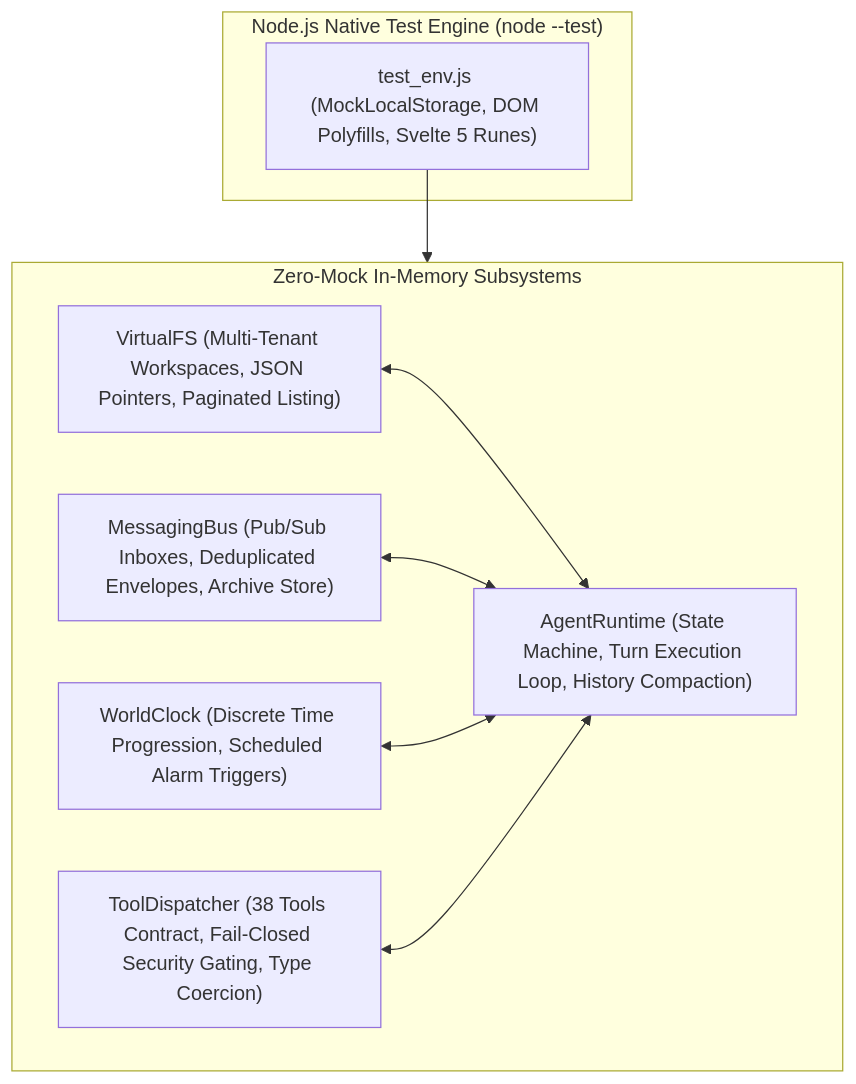
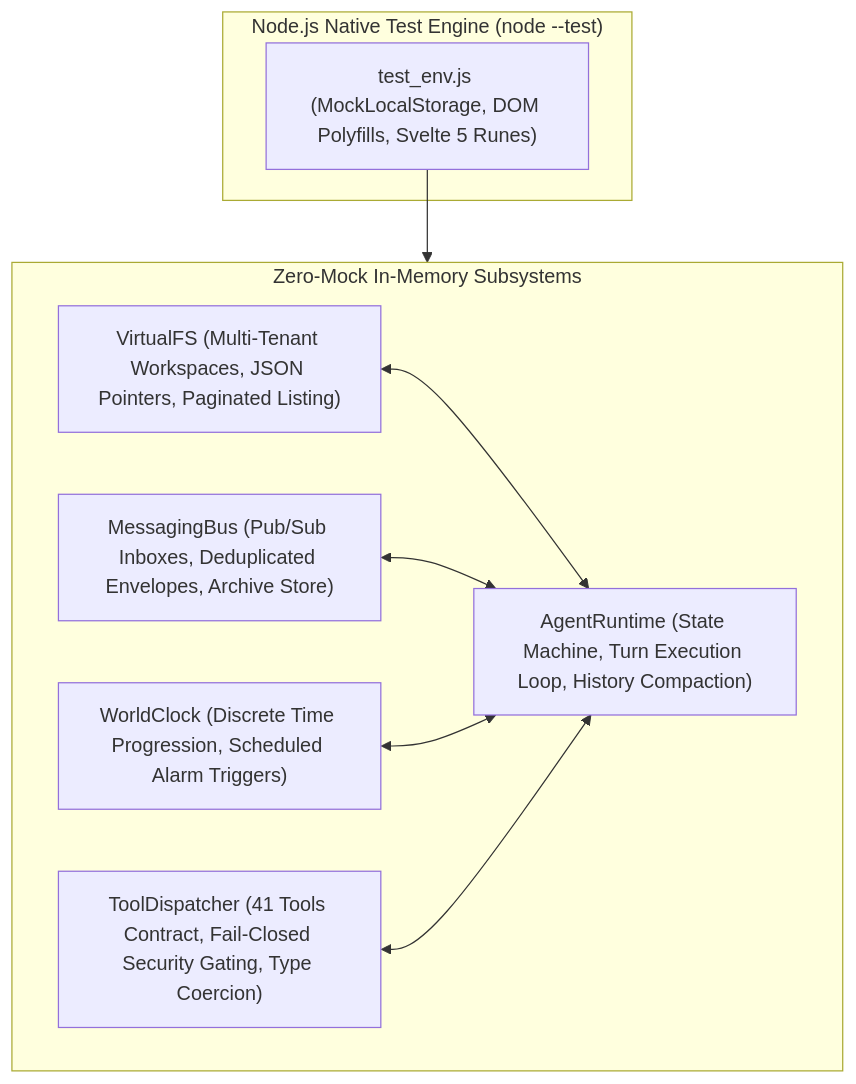
The first of 6 diagrams in docs/testing/unit_and_integration.md (crestfallnafterdark/nightcurtain), drawn with Mermaid before and after one commit. The commit also changed other lines of this file and 4 other files, not shown here.

````diff
--- a/docs/testing/unit_and_integration.md
+++ b/docs/testing/unit_and_integration.md
@@ -17,20 +17,20 @@
 ```mermaid
 flowchart TD
     subgraph TestRunner["Node.js Native Test Engine (node --test)"]
         Env["test_env.js (MockLocalStorage, DOM Polyfills, Svelte 5 Runes)"]
     end
 
     subgraph CoreClasses["Zero-Mock In-Memory Subsystems"]
         VFS["VirtualFS (Multi-Tenant Workspaces, JSON Pointers, Paginated Listing)"]
         BUS["MessagingBus (Pub/Sub Inboxes, Deduplicated Envelopes, Archive Store)"]
         CLK["WorldClock (Discrete Time Progression, Scheduled Alarm Triggers)"]
-        DISP["ToolDispatcher (38 Tools Contract, Fail-Closed Security Gating, Type Coercion)"]
+        DISP["ToolDispatcher (41 Tools Contract, Fail-Closed Security Gating, Type Coercion)"]
         RT["AgentRuntime (State Machine, Turn Execution Loop, History Compaction)"]
     end
 
     Env --> CoreClasses
     VFS <--> RT
     BUS <--> RT
     CLK <--> RT
     DISP <--> RT
 ```
````
